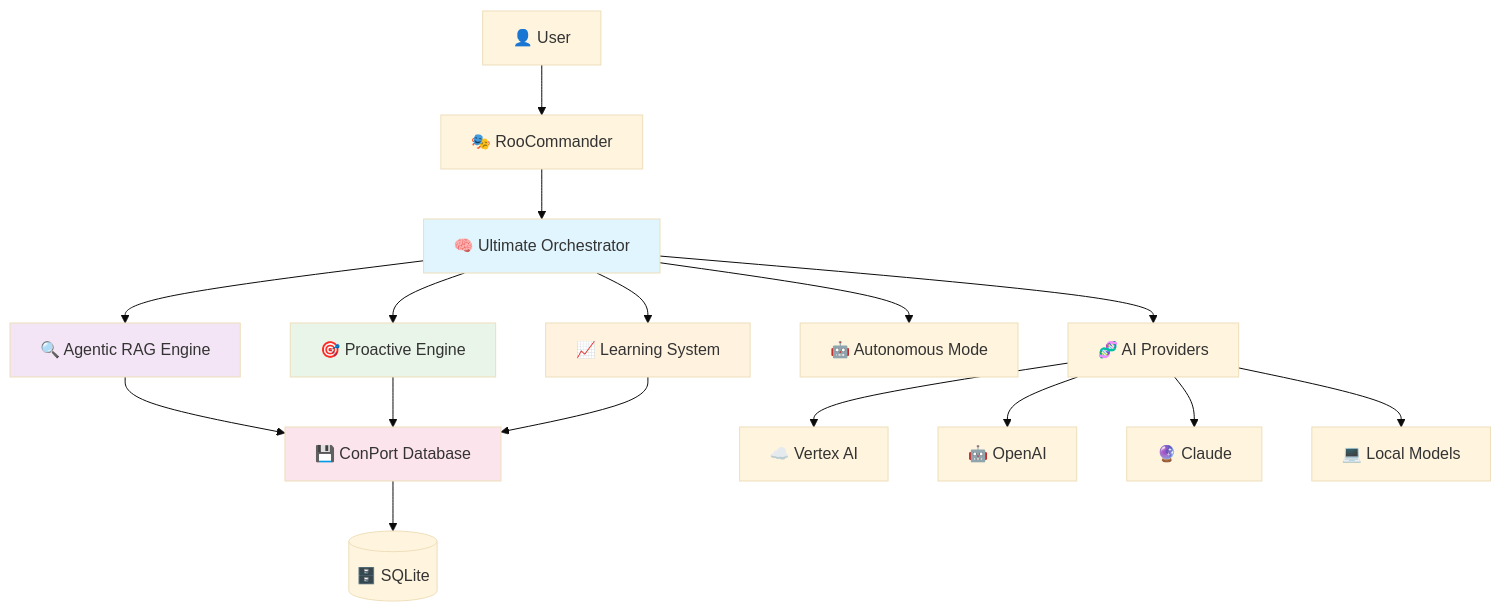
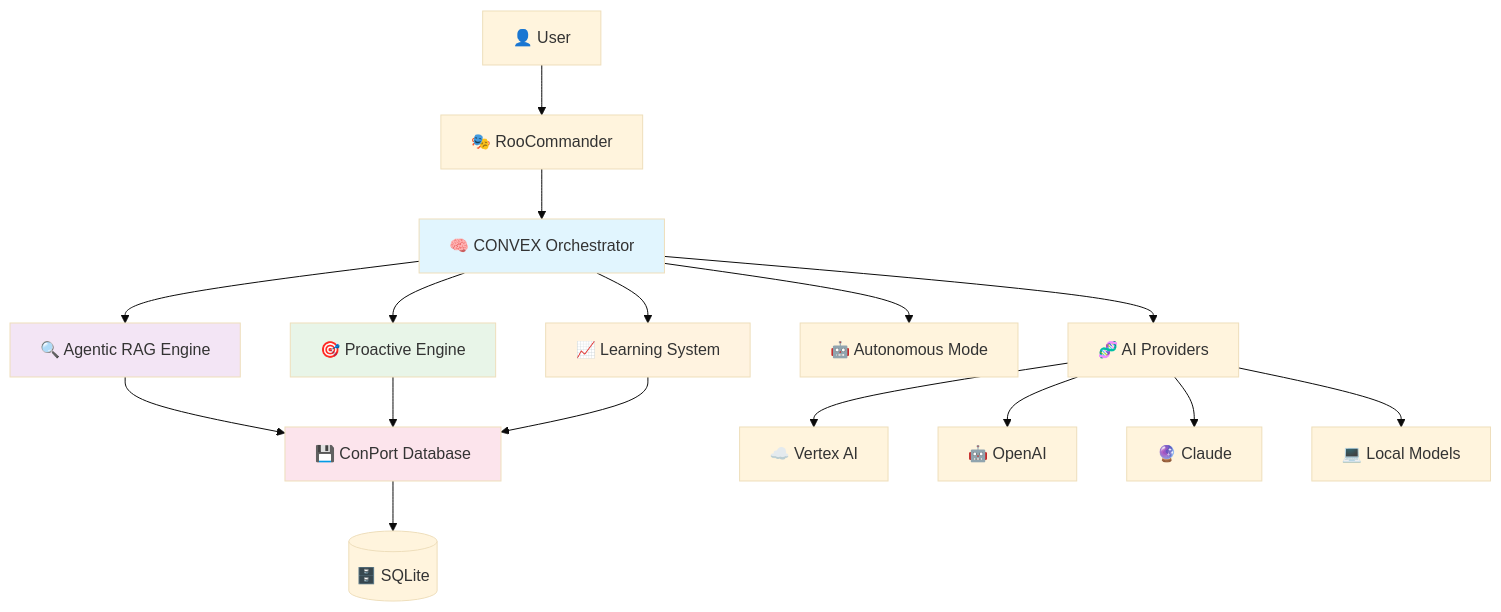
Before and after one commit to tgf-between-your-legs/rooport: the diagram in README.md, drawn with Mermaid (base theme). The commit also changed other lines of this file and 3 other files, not shown here.

````diff
--- a/README.md
+++ b/README.md
@@ -83,28 +92,28 @@
 ```mermaid
 graph TB
     User[👤 User] --> RC[🎭 RooCommander]
-    RC --> UO[🧠 Ultimate Orchestrator]
+    RC --> UO[🧠 CONVEX Orchestrator]
     
     UO --> RAG[🔍 Agentic RAG Engine]
     UO --> POE[🎯 Proactive Engine]
     UO --> CLS[📈 Learning System]
     UO --> AM[🤖 Autonomous Mode]
     
     RAG --> CP[💾 ConPort Database]
     POE --> CP
     CLS --> CP
     
     CP --> SQLite[(🗄️ SQLite)]
     
     UO --> AI[🧬 AI Providers]
     AI --> Vertex[☁️ Vertex AI]
     AI --> OpenAI[🤖 OpenAI]
     AI --> Claude[🔮 Claude]
     AI --> Local[💻 Local Models]
     
     style UO fill:#e1f5fe
     style RAG fill:#f3e5f5
     style POE fill:#e8f5e8
     style CLS fill:#fff3e0
     style CP fill:#fce4ec
 ```
````
